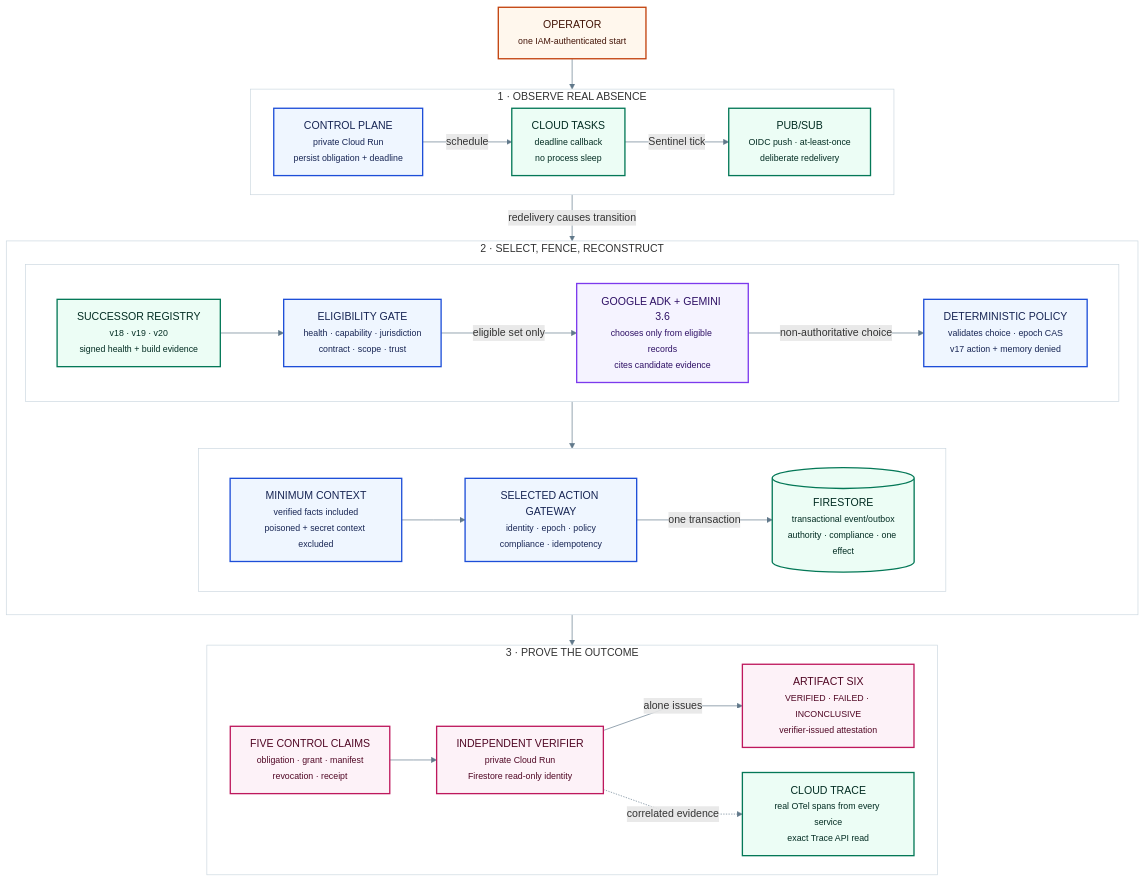
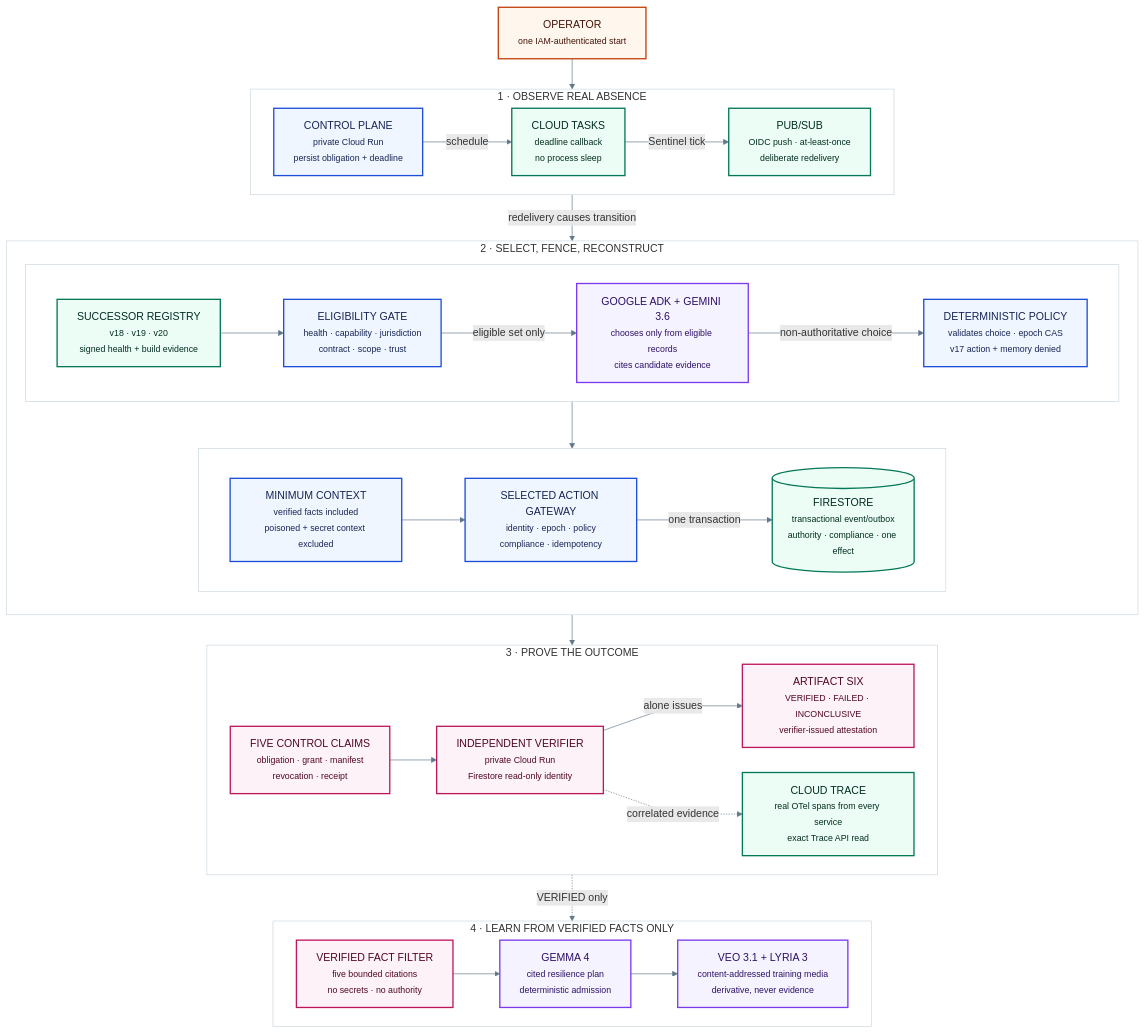
One commit to milos-plavsic/continuum changed the diagram in docs/diagrams/architecture.mmd. Above: the diagram before and after it, drawn with Mermaid. The commit also changed 14 other files, not shown here.

```diff
--- a/docs/diagrams/architecture.mmd
+++ b/docs/diagrams/architecture.mmd
@@ -1,52 +1,61 @@
 %%{init:{"flowchart":{"curve":"linear","nodeSpacing":38,"rankSpacing":46},"themeVariables":{"fontFamily":"Inter,Arial,sans-serif","primaryTextColor":"#10202d","lineColor":"#60788a","clusterBkg":"#ffffff","clusterBorder":"#cbd7df"}}}%%
 flowchart TB
   classDef human fill:#fff7ed,stroke:#c2410c,color:#431407,stroke-width:2px
   classDef control fill:#eff6ff,stroke:#1d4ed8,color:#172554,stroke-width:2px
   classDef agent fill:#f5f3ff,stroke:#7c3aed,color:#2e1065,stroke-width:2px
   classDef state fill:#ecfdf5,stroke:#047857,color:#022c22,stroke-width:2px
   classDef verify fill:#fdf2f8,stroke:#be185d,color:#500724,stroke-width:2px
 
   OP["OPERATOR<br/><small>one IAM-authenticated start</small>"]:::human
 
   subgraph R1["1 · OBSERVE REAL ABSENCE"]
     direction LR
     CP["CONTROL PLANE<br/><small>private Cloud Run<br/>persist obligation + deadline</small>"]:::control
     TASK["CLOUD TASKS<br/><small>deadline callback<br/>no process sleep</small>"]:::state
     PS["PUB/SUB<br/><small>OIDC push · at-least-once<br/>deliberate redelivery</small>"]:::state
     CP -->|schedule| TASK -->|Sentinel tick| PS
   end
 
   subgraph R2["2 · SELECT, FENCE, RECONSTRUCT"]
     direction TB
     subgraph R2A[" "]
       direction LR
       REG["SUCCESSOR REGISTRY<br/><small>v18 · v19 · v20<br/>signed health + build evidence</small>"]:::state
       FILTER["ELIGIBILITY GATE<br/><small>health · capability · jurisdiction<br/>contract · scope · trust</small>"]:::control
       GEM["GOOGLE ADK + GEMINI 3.6<br/><small>chooses only from eligible records<br/>cites candidate evidence</small>"]:::agent
       POLICY["DETERMINISTIC POLICY<br/><small>validates choice · epoch CAS<br/>v17 action + memory denied</small>"]:::control
       REG --> FILTER -->|eligible set only| GEM -->|non-authoritative choice| POLICY
     end
     subgraph R2B[" "]
       direction LR
       CTX["MINIMUM CONTEXT<br/><small>verified facts included<br/>poisoned + secret context excluded</small>"]:::control
       GATE["SELECTED ACTION GATEWAY<br/><small>identity · epoch · policy<br/>compliance · idempotency</small>"]:::control
       DB[("FIRESTORE<br/><small>transactional event/outbox<br/>authority · compliance · one effect</small>")]:::state
       CTX --> GATE -->|one transaction| DB
     end
     R2A --> R2B
   end
 
 
   subgraph R3["3 · PROVE THE OUTCOME"]
     direction LR
     FIVE["FIVE CONTROL CLAIMS<br/><small>obligation · grant · manifest<br/>revocation · receipt</small>"]:::verify
     IV["INDEPENDENT VERIFIER<br/><small>private Cloud Run<br/>Firestore read-only identity</small>"]:::verify
     SIX["ARTIFACT SIX<br/><small>VERIFIED · FAILED · INCONCLUSIVE<br/>verifier-issued attestation</small>"]:::verify
     TRACE["CLOUD TRACE<br/><small>real OTel spans from every service<br/>exact Trace API read</small>"]:::state
     FIVE --> IV -->|alone issues| SIX
     IV -. correlated evidence .-> TRACE
   end
 
+  subgraph R4["4 · LEARN FROM VERIFIED FACTS ONLY"]
+    direction LR
+    VFACTS["VERIFIED FACT FILTER<br/><small>five bounded citations<br/>no secrets · no authority</small>"]:::verify
+    GEMMA["GEMMA 4<br/><small>cited resilience plan<br/>deterministic admission</small>"]:::agent
+    MEDIA["VEO 3.1 + LYRIA 3<br/><small>content-addressed training media<br/>derivative, never evidence</small>"]:::agent
+    VFACTS --> GEMMA --> MEDIA
+  end
+
   OP --> R1
   R1 -->|redelivery causes transition| R2
   R2 --> R3
+  R3 -. VERIFIED only .-> R4
```
